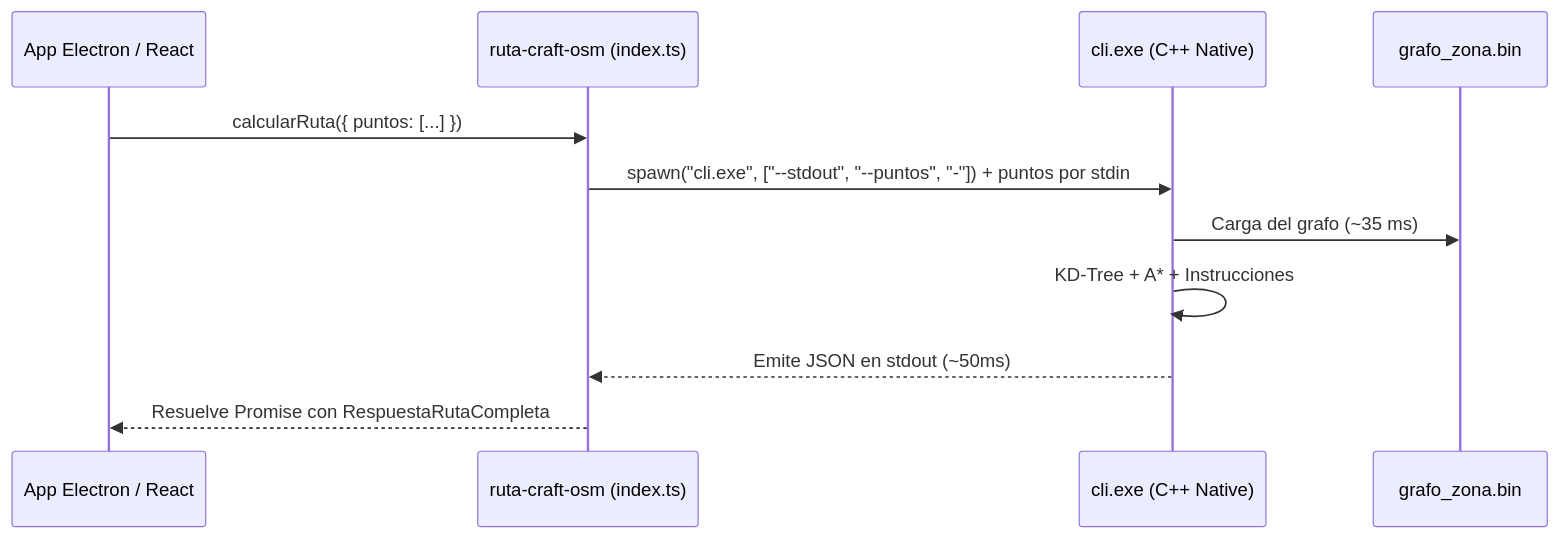
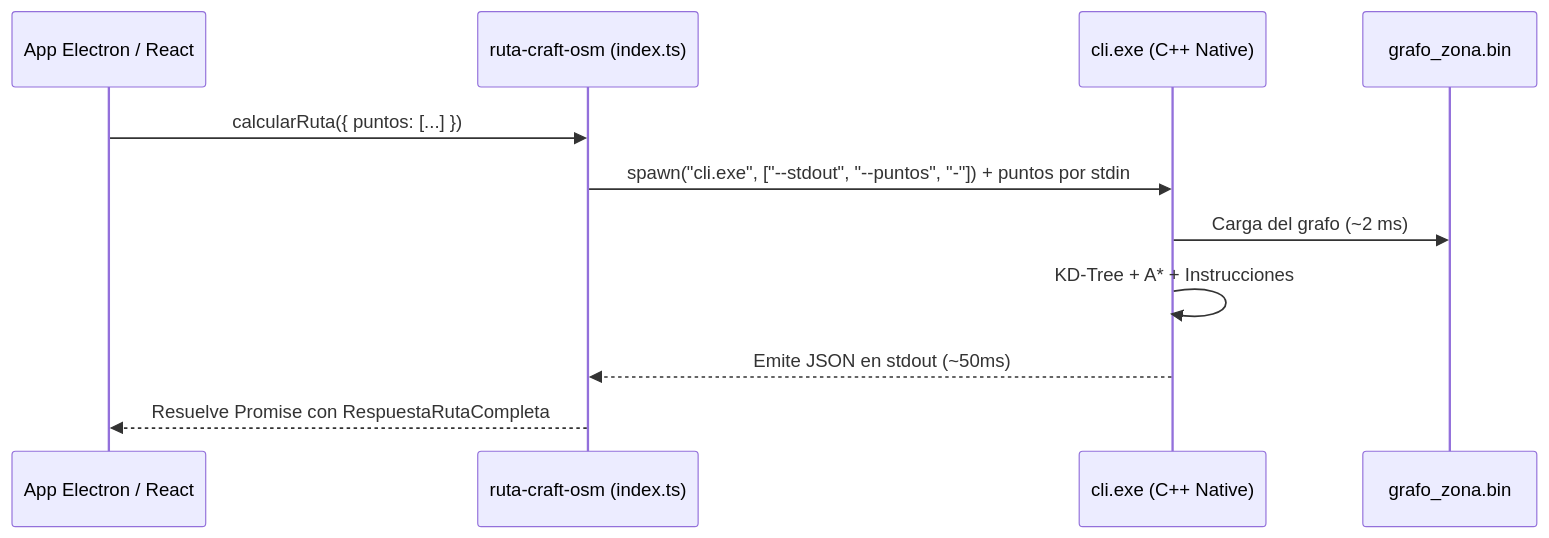
The first of 2 diagrams in docs/4_INTEGRACION_TYPESCRIPT_ELECTRON.md (Mahynlo/RutaCraftOSM), drawn with Mermaid before and after one commit. The commit also changed other lines of this file and 28 other files, not shown here.

````diff
--- a/docs/4_INTEGRACION_TYPESCRIPT_ELECTRON.md
+++ b/docs/4_INTEGRACION_TYPESCRIPT_ELECTRON.md
@@ -11,14 +11,14 @@
 ```mermaid
 sequenceDiagram
     participant App as App Electron / React
     participant TS as ruta-craft-osm (index.ts)
     participant Cpp as cli.exe (C++ Native)
     participant Bin as grafo_zona.bin
 
     App->>TS: calcularRuta({ puntos: [...] })
     TS->>Cpp: spawn("cli.exe", ["--stdout", "--puntos", "-"]) + puntos por stdin
-    Cpp->>Bin: Carga del grafo (~35 ms)
+    Cpp->>Bin: Carga del grafo (~2 ms)
     Cpp->>Cpp: KD-Tree + A* + Instrucciones
     Cpp-->>TS: Emite JSON en stdout (~50ms)
     TS-->>App: Resuelve Promise con RespuestaRutaCompleta
 ```
````
